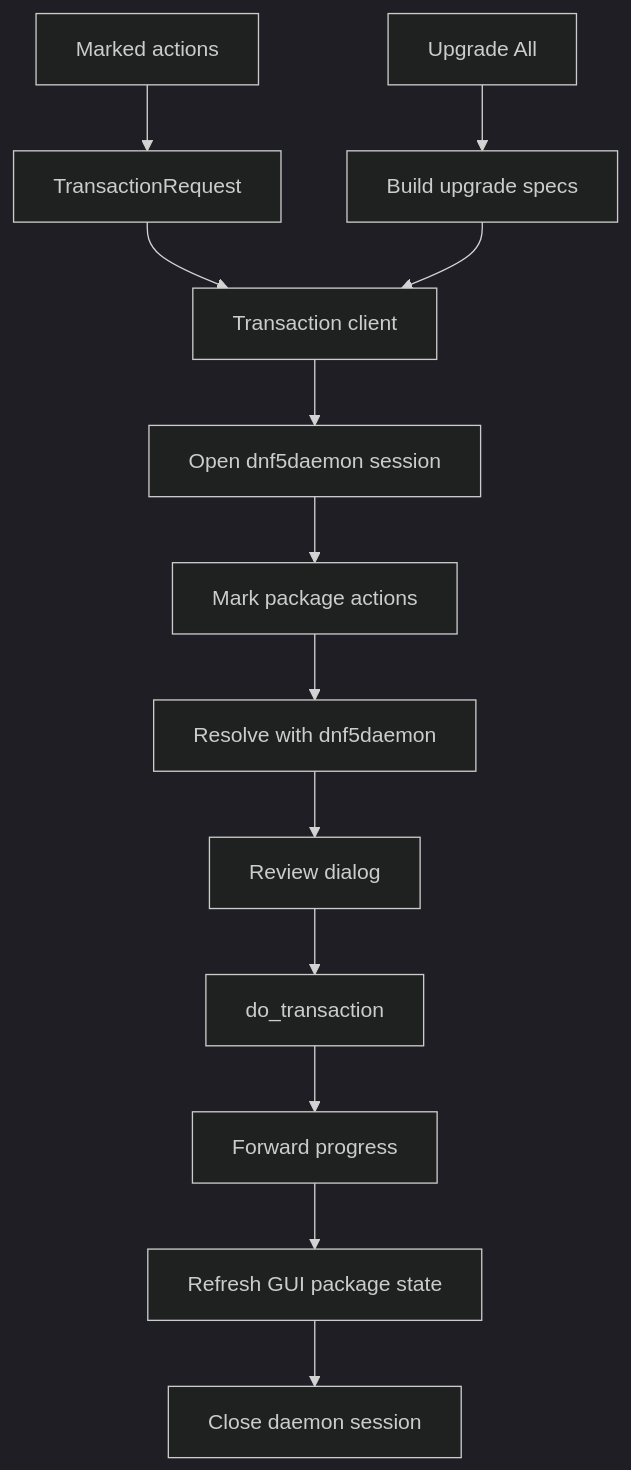
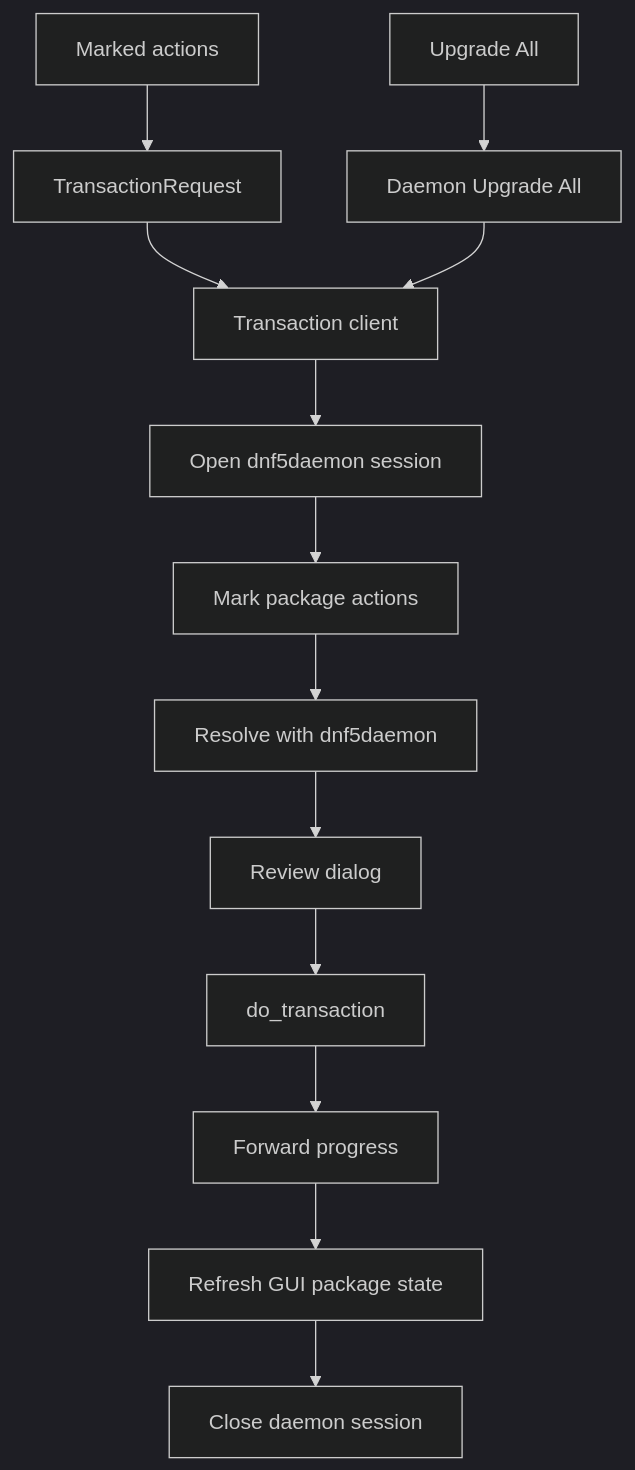
The diagram in docs/transactions.md (dnfui/dnf-ui), drawn with Mermaid (dark theme) before and after one commit. The commit also changed other lines of this file and 8 other files, not shown here.

First line of the commit message:
Route selected package upgrades through dnf5daemon upgrade

````diff
--- a/docs/transactions.md
+++ b/docs/transactions.md
@@ -67,15 +67,15 @@
 ```mermaid
 flowchart TD
     Marked[Marked actions] --> Request[TransactionRequest]
-    UpgradeAll[Upgrade All] --> UpgradeSpecs[Build upgrade specs]
+    UpgradeAll[Upgrade All] --> DaemonUpgradeAll[Daemon Upgrade All]
     Request --> Client[Transaction client]
-    UpgradeSpecs --> Client
+    DaemonUpgradeAll --> Client
     Client --> Open[Open dnf5daemon session]
     Open --> Mark[Mark package actions]
     Mark --> Resolve[Resolve with dnf5daemon]
     Resolve --> Dialog[Review dialog]
     Dialog --> Apply[do_transaction]
     Apply --> Progress[Forward progress]
     Progress --> Refresh[Refresh GUI package state]
     Refresh --> Close[Close daemon session]
 ```
````
